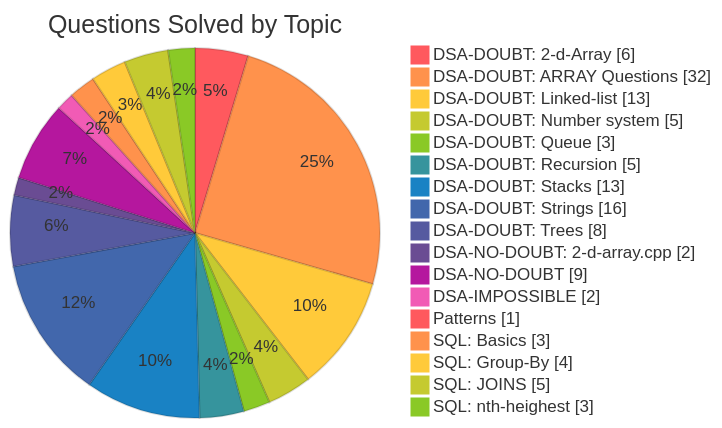
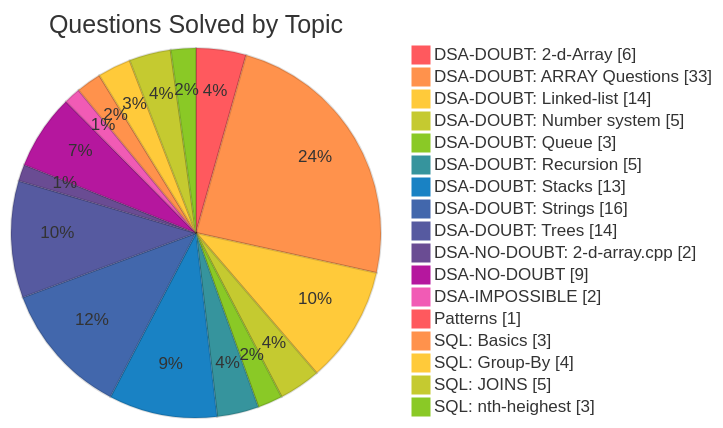
One commit to PixxySynchronous/LEETCODE changed the diagram in README.md. Above: the diagram before and after it, drawn with Mermaid. The commit also changed other lines of this file, not shown here.

````diff
--- a/README.md
+++ b/README.md
@@ -25,22 +25,22 @@
 ```mermaid
 %%{init: {'theme': 'base', 'themeVariables': {'pie1': '#ff595e', 'pie2': '#ff924c', 'pie3': '#ffca3a', 'pie4': '#c5ca30','pie5': '#8ac926', 'pie6': '#36949d', 'pie7': '#1982c4', 'pie8': '#4267ac','pie9': '#565aa0', 'pie10': '#6a4c93', 'pie11': '#b5179e', 'pie12': '#f15bb5','pieOpacity': '1', 'pieStrokeColor': '#00000022', 'pieOuterStrokeWidth': '0'}}}%%
 pie showData
     title Questions Solved by Topic
     "DSA-DOUBT: 2-d-Array" : 6
-    "DSA-DOUBT: ARRAY Questions" : 32
-    "DSA-DOUBT: Linked-list" : 13
+    "DSA-DOUBT: ARRAY Questions" : 33
+    "DSA-DOUBT: Linked-list" : 14
     "DSA-DOUBT: Number system" : 5
     "DSA-DOUBT: Queue" : 3
     "DSA-DOUBT: Recursion" : 5
     "DSA-DOUBT: Stacks " : 13
     "DSA-DOUBT: Strings" : 16
-    "DSA-DOUBT: Trees" : 8
+    "DSA-DOUBT: Trees" : 14
     "DSA-NO-DOUBT: 2-d-array.cpp" : 2
     "DSA-NO-DOUBT" : 9
     "DSA-IMPOSSIBLE" : 2
     "Patterns" : 1
     "SQL: Basics" : 3
     "SQL: Group-By" : 4
     "SQL: JOINS" : 5
     "SQL: nth-heighest" : 3
 ```
````
